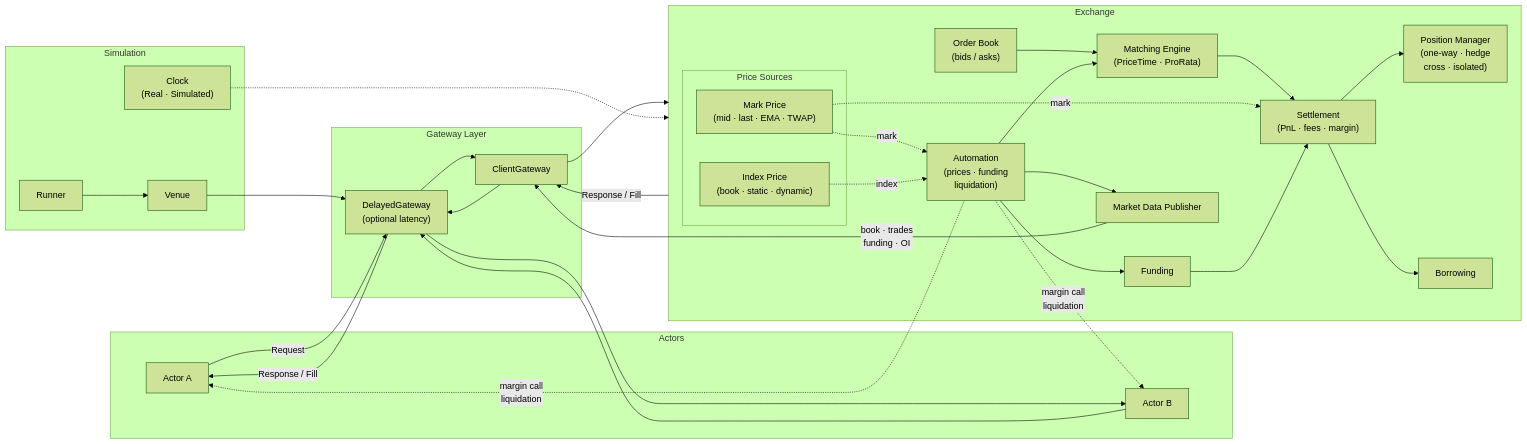
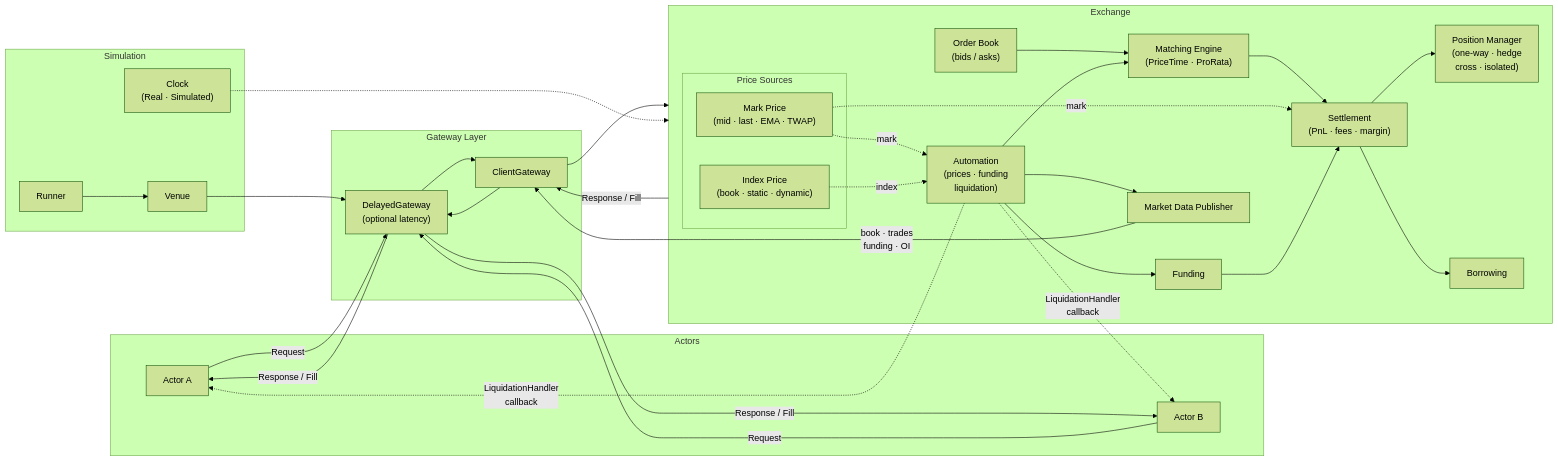
One commit to VladKochetov007/ExchangeSimulation changed the diagram in README.md. Above: the diagram before and after it, drawn with Mermaid (forest theme). The commit also changed other lines of this file and 2 other files, not shown here.

````diff
--- a/README.md
+++ b/README.md
@@ -11,62 +11,62 @@
 ```mermaid
 flowchart LR
     subgraph AL["Actors"]
         A1["Actor A"]
         A2["Actor B"]
     end
 
     subgraph GL["Gateway Layer"]
         DGW["DelayedGateway</br>(optional latency)"]
         CGW["ClientGateway"]
     end
 
     subgraph EX["Exchange"]
         OB["Order Book</br>(bids / asks)"]
         ME["Matching Engine</br>(PriceTime · ProRata)"]
         ST["Settlement</br>(PnL · fees · margin)"]
         PM["Position Manager</br>(one-way · hedge</br>cross · isolated)"]
         FM["Funding"]
         BM["Borrowing"]
         MDP["Market Data Publisher"]
         AUT["Automation</br>(prices · funding</br>liquidation)"]
         subgraph PS["Price Sources"]
             MP["Mark Price</br>(mid · last · EMA · TWAP)"]
             IP["Index Price</br>(book · static · dynamic)"]
         end
     end
 
     subgraph SIM["Simulation"]
         VENUE["Venue"]
         RUNNER["Runner"]
         CLK["Clock</br>(Real · Simulated)"]
     end
 
     A1 -- Request --> DGW
-    A2 --> DGW
+    A2 -- Request --> DGW
     DGW --> CGW
     CGW --> EX
     EX -- "Response / Fill" --> CGW
     CGW --> DGW
     DGW -- "Response / Fill" --> A1
-    DGW --> A2
+    DGW -- "Response / Fill" --> A2
 
     OB --> ME
     ME --> ST
     ST --> PM
     ST --> BM
     MP -. mark .-> ST
     MP -. mark .-> AUT
     IP -. index .-> AUT
     AUT --> FM
     FM --> ST
     AUT --> MDP
-    AUT -. "margin call</br>liquidation" .-> A1
-    AUT -. "margin call</br>liquidation" .-> A2
+    AUT -. "LiquidationHandler</br>callback" .-> A1
+    AUT -. "LiquidationHandler</br>callback" .-> A2
     AUT --> ME
 
     MDP -- "book · trades</br>funding · OI" --> CGW
 
     CLK -.-> EX
     RUNNER --> VENUE
     VENUE --> DGW
 ```
````
